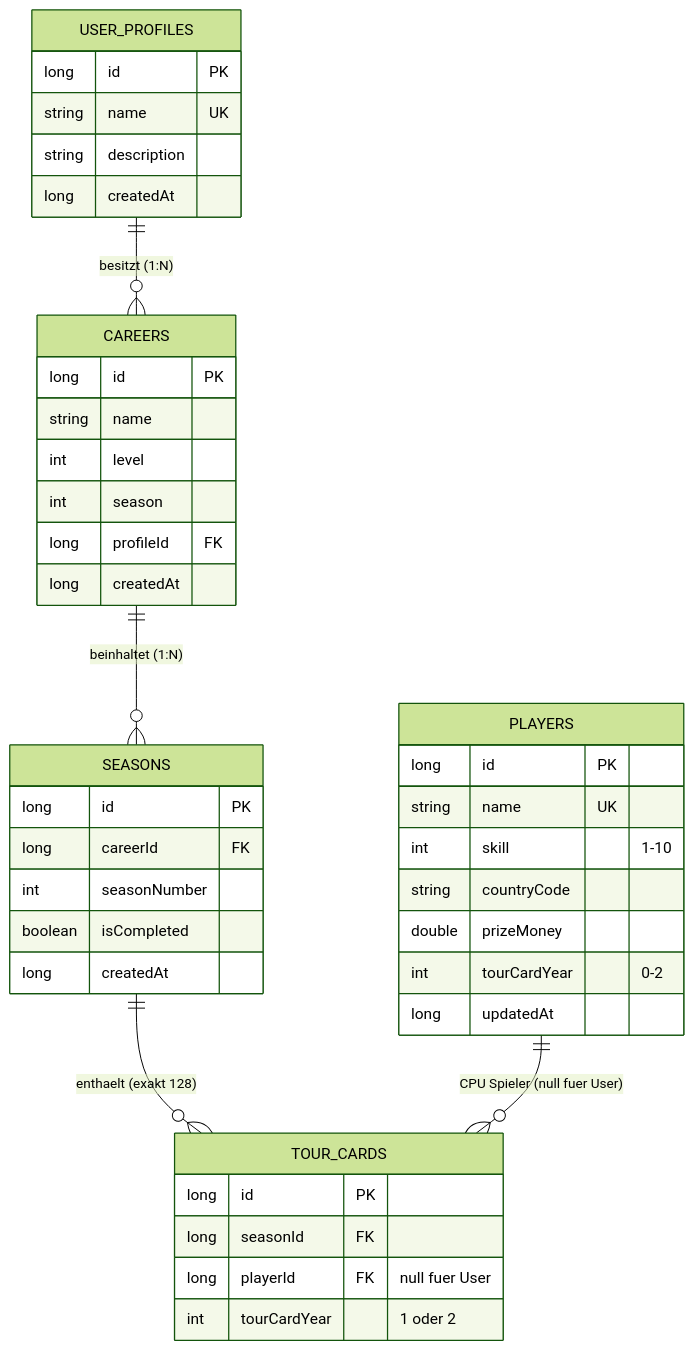
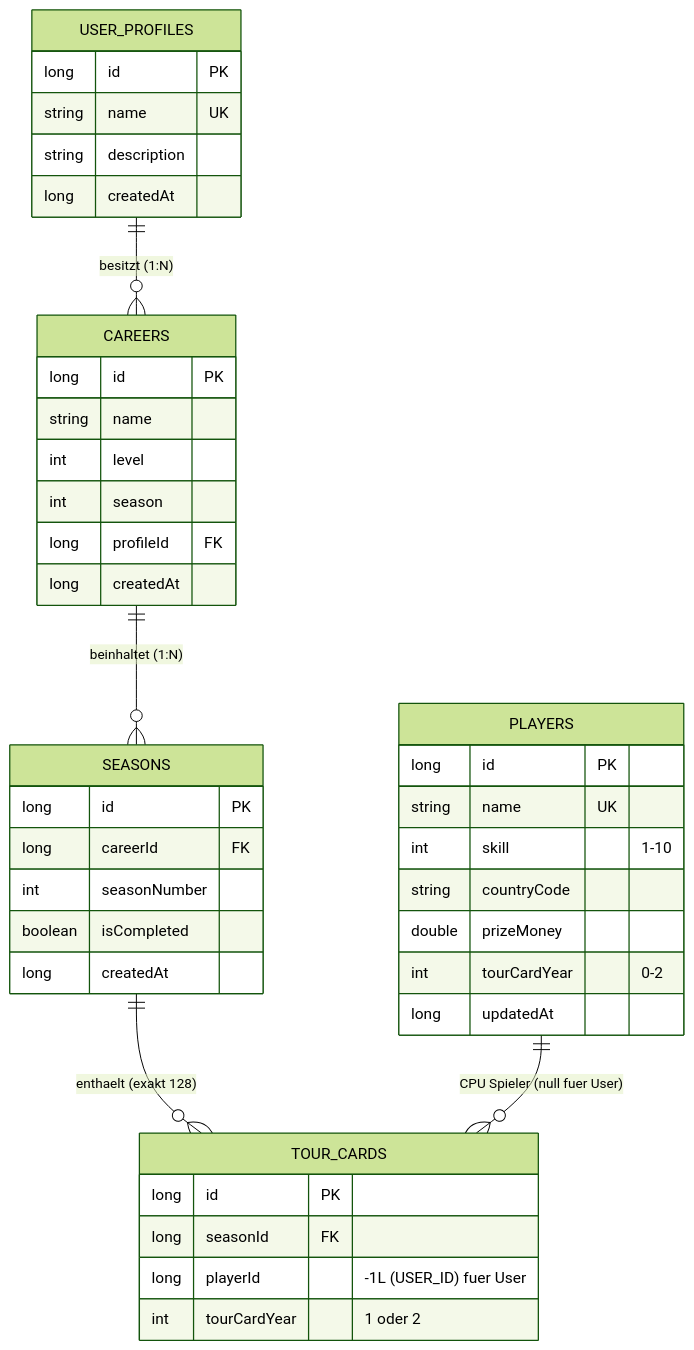
One commit to anotherD/DannyApp changed the diagram in docs/ARCHITEKTUR.md. Above: the diagram before and after it, drawn with Mermaid (forest theme). The commit also changed other lines of this file and 5 other files, not shown here.

````diff
--- a/docs/ARCHITEKTUR.md
+++ b/docs/ARCHITEKTUR.md
@@ -30,48 +30,48 @@
 ```mermaid
 erDiagram
     USER_PROFILES ||--o{ CAREERS : "besitzt (1:N)"
     CAREERS ||--o{ SEASONS : "beinhaltet (1:N)"
     SEASONS ||--o{ TOUR_CARDS : "enthaelt (exakt 128)"
     PLAYERS ||--o{ TOUR_CARDS : "CPU Spieler (null fuer User)"
 
     USER_PROFILES {
         long id PK
         string name UK
         string description
         long createdAt
     }
 
     CAREERS {
         long id PK
         string name
         int level
         int season
         long profileId FK
         long createdAt
     }
 
     SEASONS {
         long id PK
         long careerId FK
         int seasonNumber
         boolean isCompleted
         long createdAt
     }
 
     TOUR_CARDS {
         long id PK
         long seasonId FK
-        long playerId FK "null fuer User"
+        long playerId "-1L (USER_ID) fuer User"
         int tourCardYear "1 oder 2"
     }
 
     PLAYERS {
         long id PK
         string name UK
         int skill "1-10"
         string countryCode
         double prizeMoney
         int tourCardYear "0-2"
         long updatedAt
     }
 ```
````
